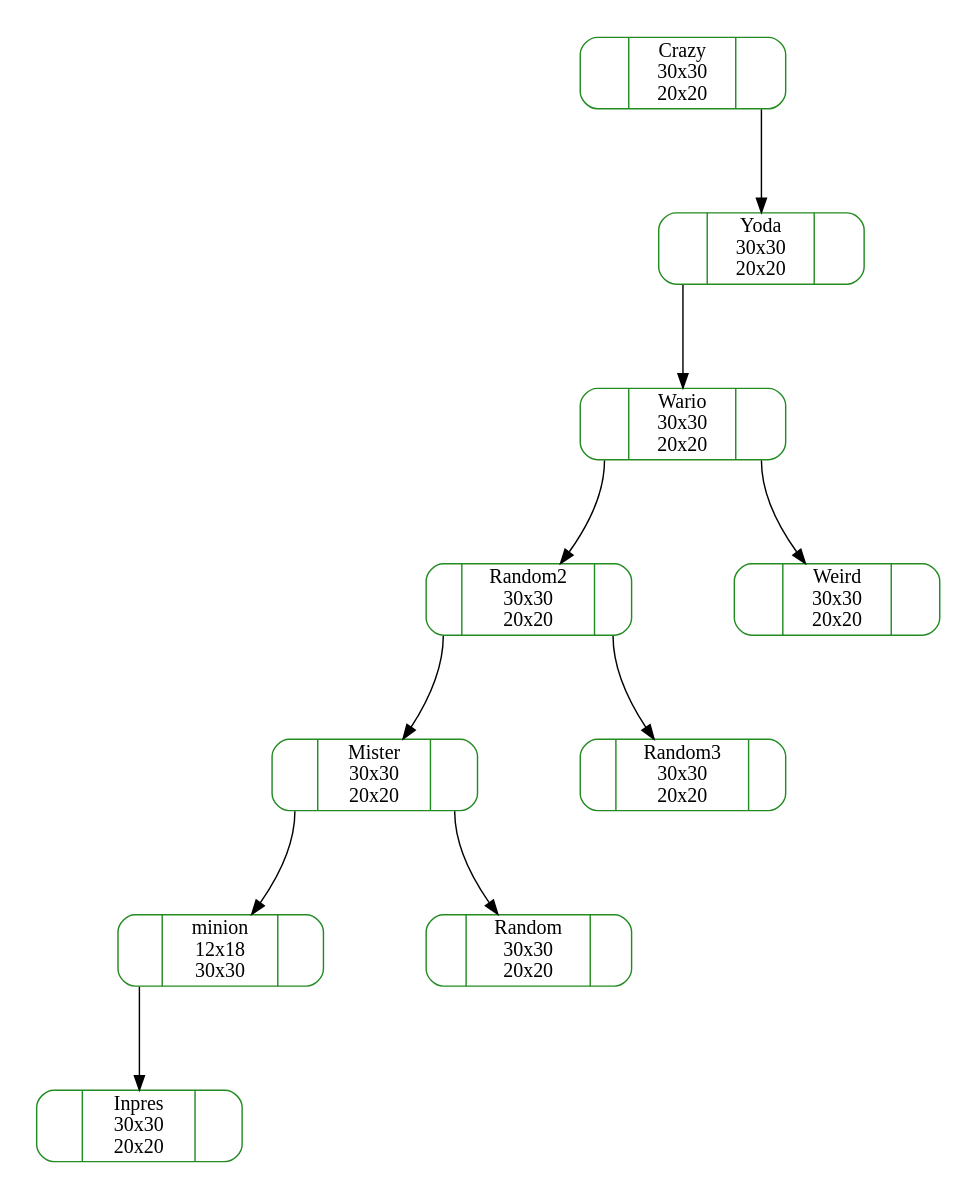
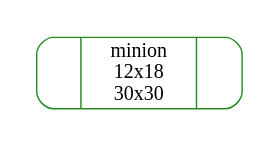
The diagram in Reports/binaryTree.dot (JPineda12/EDD_2S2019_PY1_201404405), drawn with Graphviz before and after one commit. The commit also changed 11 other files, not shown here.

```diff
--- a/Reports/binaryTree.dot
+++ b/Reports/binaryTree.dot
@@ -1,37 +1,10 @@
 digraph arbolBinario
 {
     rankdir=TB;
     graph [pad=".25", ranksep="1.0", nodesep="1"];
     node [shape=record, style = rounded, color = forestgreen];
     node [width = 2, height = 0.7, fixedsize="true"];
     //Nodes and links creation
-    ndCrazy[label="<left> | Crazy \n30x30\n20x20 | <right>"];
-    //Links ndCrazy
-    ndCrazy : right->ndYoda
-    ndYoda[label="<left> | Yoda \n30x30\n20x20 | <right>"];
-    //Links ndYoda
-    ndYoda : left->ndWario
-    ndWario[label="<left> | Wario \n30x30\n20x20 | <right>"];
-    //Links ndWario
-    ndWario : left->ndRandom2
-    ndWario : right->ndWeird
-    ndRandom2[label="<left> | Random2 \n30x30\n20x20 | <right>"];
-    //Links ndRandom2
-    ndRandom2 : left->ndMister
-    ndRandom2 : right->ndRandom3
-    ndMister[label="<left> | Mister \n30x30\n20x20 | <right>"];
-    //Links ndMister
-    ndMister : left->ndminion
-    ndMister : right->ndRandom
     ndminion[label="<left> | minion \n12x18\n30x30 | <right>"];
     //Links ndminion
-    ndminion : left->ndInpres
-    ndInpres[label="<left> | Inpres \n30x30\n20x20 | <right>"];
-    //Links ndInpres
-    ndRandom[label="<left> | Random \n30x30\n20x20 | <right>"];
-    //Links ndRandom
-    ndRandom3[label="<left> | Random3 \n30x30\n20x20 | <right>"];
-    //Links ndRandom3
-    ndWeird[label="<left> | Weird \n30x30\n20x20 | <right>"];
-    //Links ndWeird
 }
```
